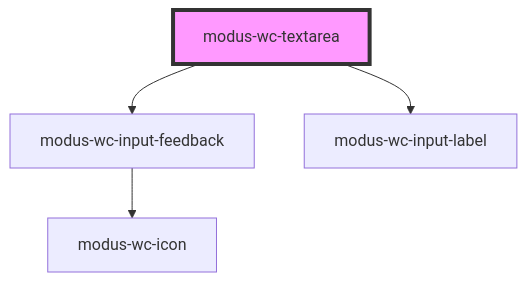
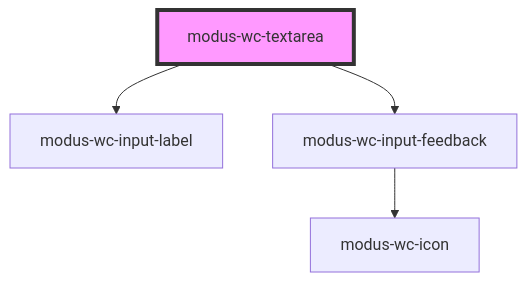
One commit to trimble-oss/modus-wc-2.0 changed the diagram in src/components/modus-wc-textarea/readme.md. Above: the diagram before and after it, drawn with Mermaid. The commit also changed other lines of this file and 15 other files, not shown here.

````diff
--- a/src/components/modus-wc-textarea/readme.md
+++ b/src/components/modus-wc-textarea/readme.md
@@ -55,7 +74,7 @@
 ```mermaid
 graph TD;
+  modus-wc-textarea --> modus-wc-input-label
   modus-wc-textarea --> modus-wc-input-feedback
-  modus-wc-textarea --> modus-wc-input-label
   modus-wc-input-feedback --> modus-wc-icon
   style modus-wc-textarea fill:#f9f,stroke:#333,stroke-width:4px
 ```
````
